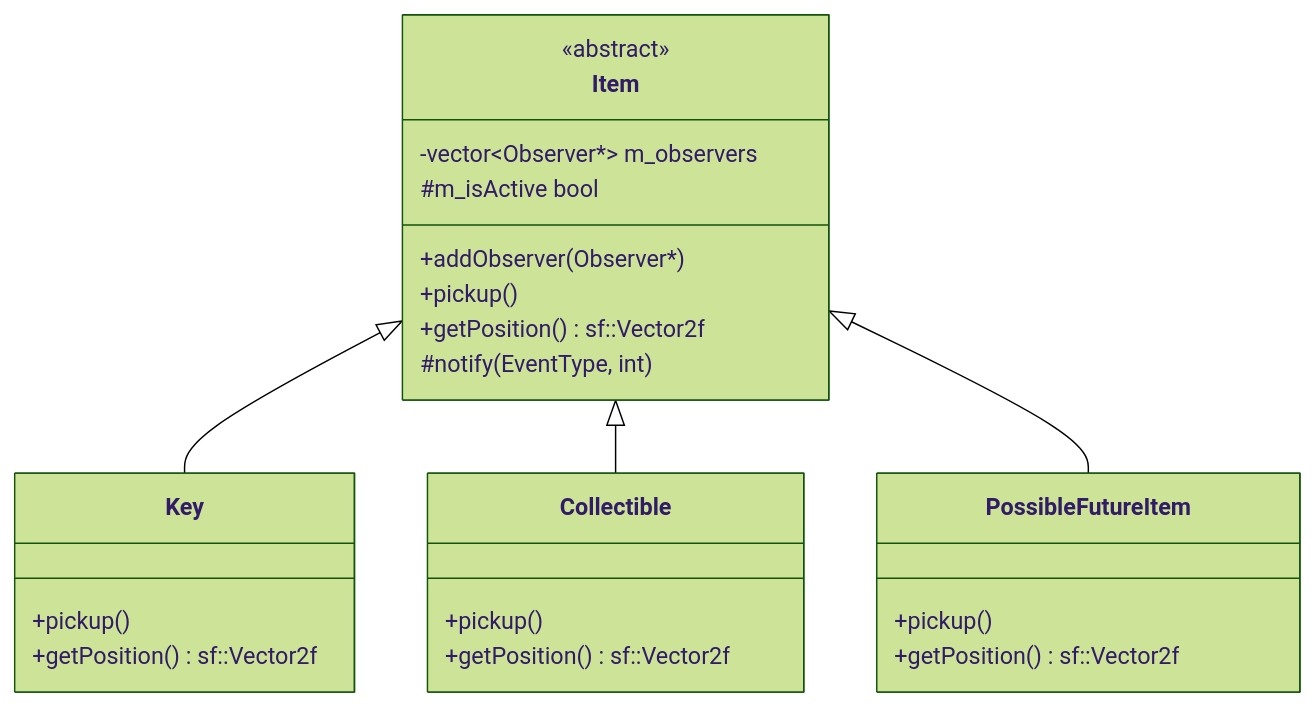
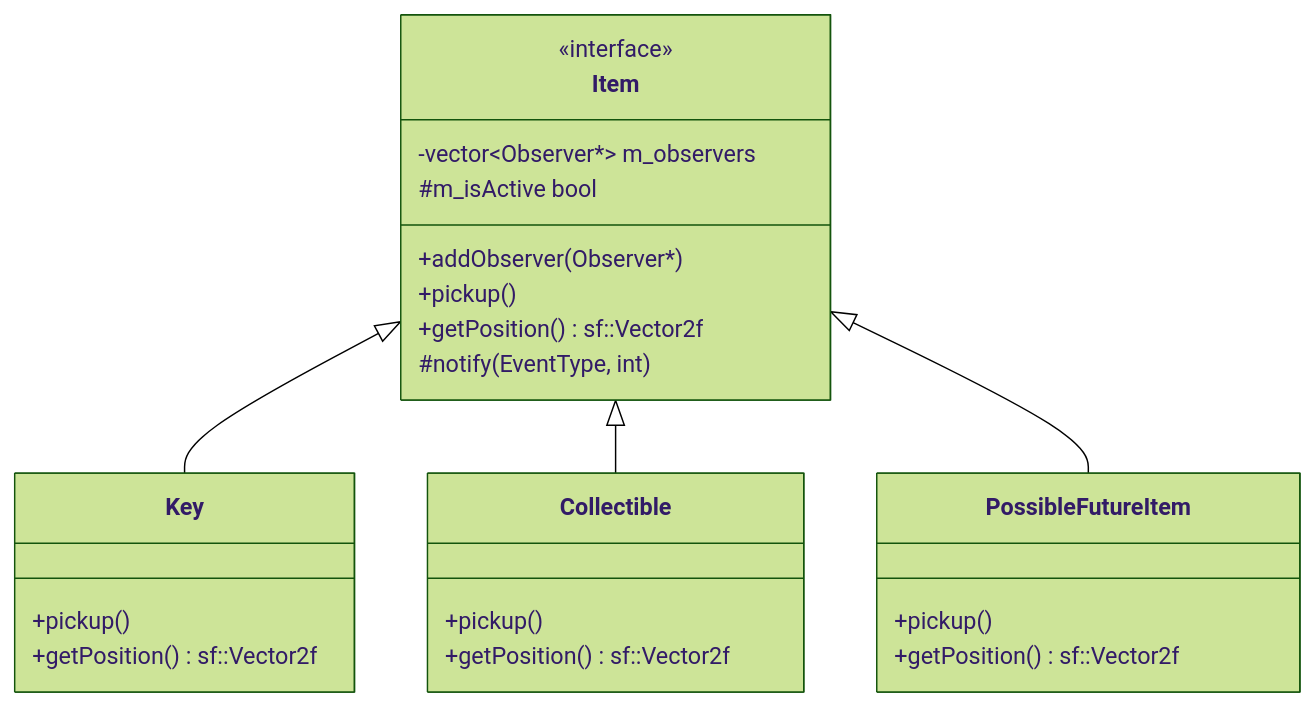
One commit to ITCGamesProg2/jp26-superawesome_bffs5eva changed the diagram in ocp.md. Above: the diagram before and after it, drawn with Mermaid (forest theme).

````diff
--- a/ocp.md
+++ b/ocp.md
@@ -1,31 +1,31 @@
 ```mermaid
 classDiagram
     class Item {
-        <<abstract>>
+        <<interface>>
         -vector~Observer*~ m_observers
         +addObserver(Observer*)
         +pickup()
         +getPosition() sf::Vector2f
         #notify(EventType, int)
         #m_isActive bool
     }
 
    class Collectible {
         +pickup()
         +getPosition() sf::Vector2f
     }
 
     class Key {
         +pickup()
         +getPosition() sf::Vector2f
     }
 
     class PossibleFutureItem {
         +pickup()
         +getPosition() sf::Vector2f
     }
 
     Item <|-- Key
     Item <|-- Collectible
     Item <|-- PossibleFutureItem
 ```
````
